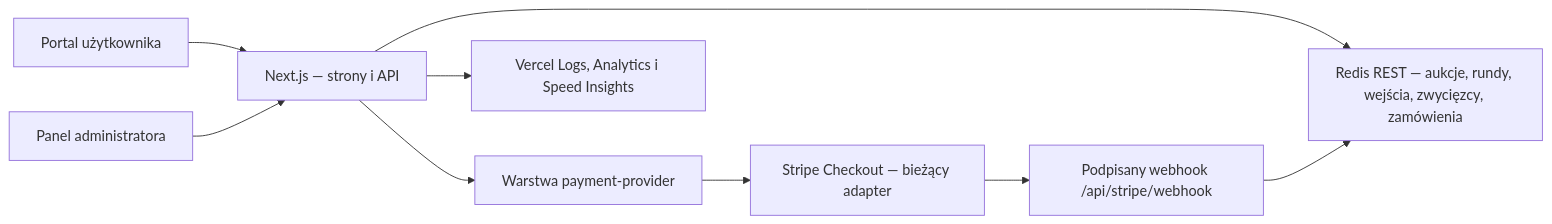
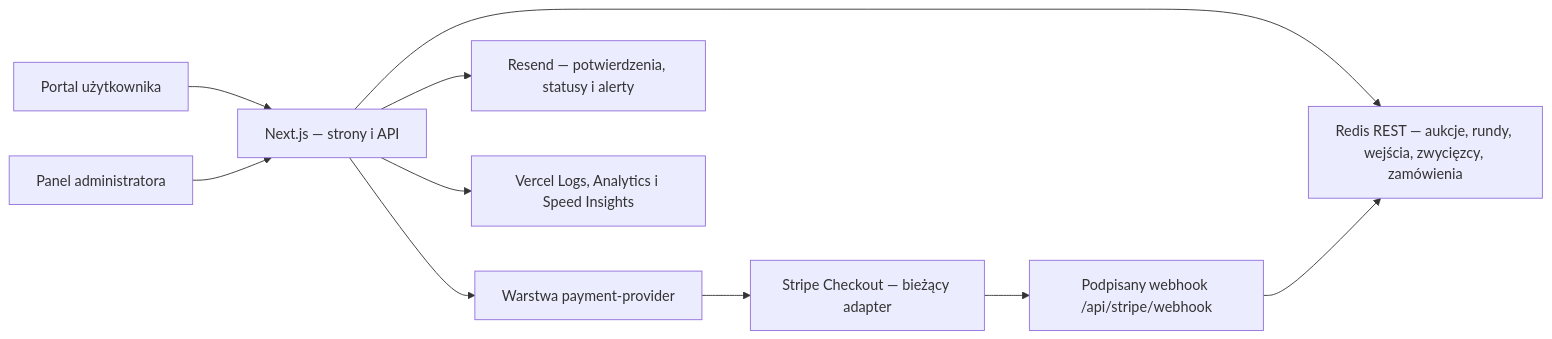
Before and after one commit to jryba94-maker/fiszy-mvp: the diagram in README.md, drawn with Mermaid. The commit also changed other lines of this file and 3 other files, not shown here.

````diff
--- a/README.md
+++ b/README.md
@@ -32,11 +35,12 @@
 ```mermaid
 flowchart LR
   U["Portal użytkownika"] --> API["Next.js — strony i API"]
   A["Panel administratora"] --> API
   API --> R["Redis REST — aukcje, rundy, wejścia, zwycięzcy, zamówienia"]
   API --> P["Warstwa payment-provider"]
   P --> S["Stripe Checkout — bieżący adapter"]
   S --> W["Podpisany webhook /api/stripe/webhook"]
   W --> R
+  API --> E["Resend — potwierdzenia, statusy i alerty"]
   API --> O["Vercel Logs, Analytics i Speed Insights"]
 ```
````
